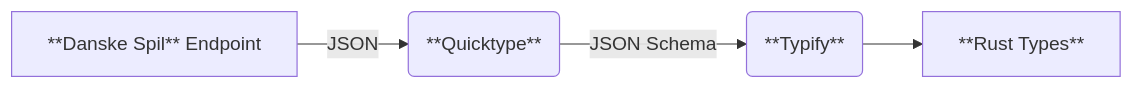
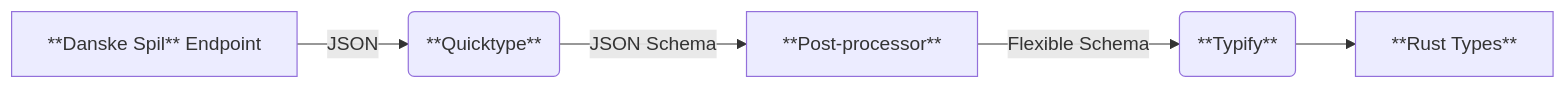
One commit to BX326/henze-ds changed the diagram in README.md. Above: the diagram before and after it, drawn with Mermaid. The commit also changed other lines of this file and 13 other files, not shown here.

````diff
--- a/README.md
+++ b/README.md
@@ -8,6 +8,7 @@
 ```mermaid
 flowchart LR
     A[**Danske Spil** Endpoint] --> |JSON|B(**Quicktype**)
-    B -->|JSON Schema| C(**Typify**)
-    C --> D[**Rust Types**]
+    B -->|JSON Schema| C[**Post-processor**]
+    C -->|Flexible Schema| D(**Typify**)
+    D --> E[**Rust Types**]
 ```
````
